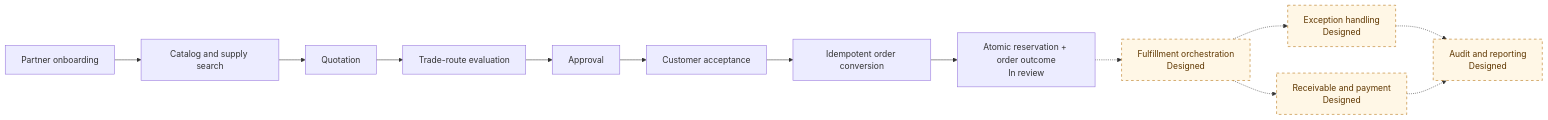
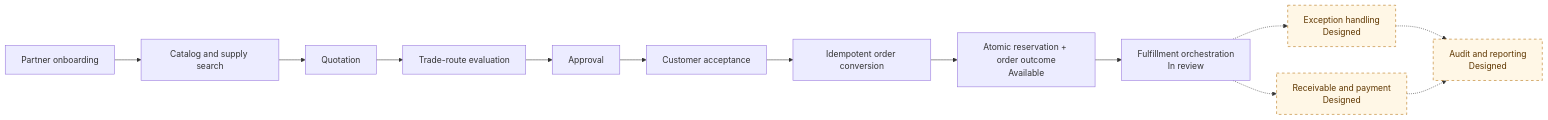
Before and after one commit to RomanticHW/cellarbridge-platform: the first of 3 diagrams in README.md, drawn with Mermaid. The commit also changed other lines of this file and 79 other files, not shown here.

````diff
--- a/README.md
+++ b/README.md
@@ -24,18 +24,18 @@
 ```mermaid
 flowchart LR
     A[Partner onboarding] --> B[Catalog and supply search]
     B --> C[Quotation]
     C --> D[Trade-route evaluation]
     D --> E[Approval]
     E --> F[Customer acceptance]
     F --> G[Idempotent order conversion]
-    G --> H[Atomic reservation + order outcome<br/>In review]
-    H -.-> I[Fulfillment orchestration<br/>Designed]
+    G --> H[Atomic reservation + order outcome<br/>Available]
+    H --> I[Fulfillment orchestration<br/>In review]
     I -.-> J[Exception handling<br/>Designed]
     I -.-> K[Receivable and payment<br/>Designed]
     J -.-> L[Audit and reporting<br/>Designed]
     K -.-> L
 
     classDef planned fill:#fff7e6,stroke:#b26a00,color:#5f3700,stroke-dasharray:5 5;
-    class I,J,K,L planned;
+    class J,K,L planned;
 ```
````
